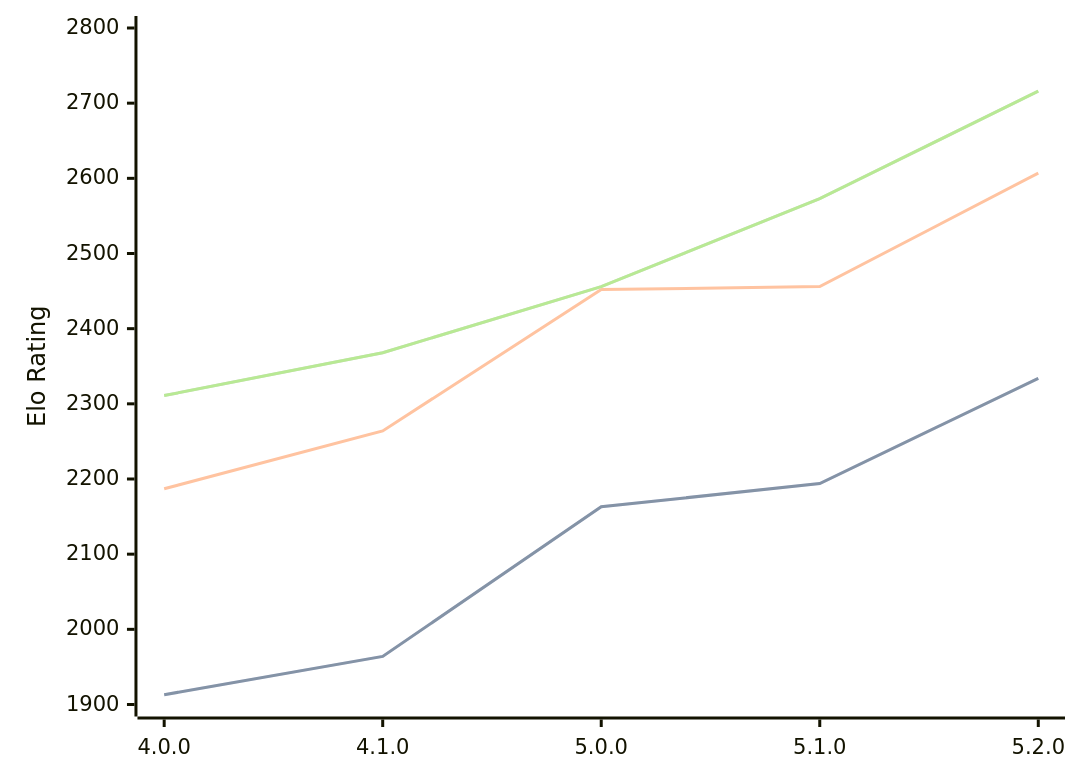
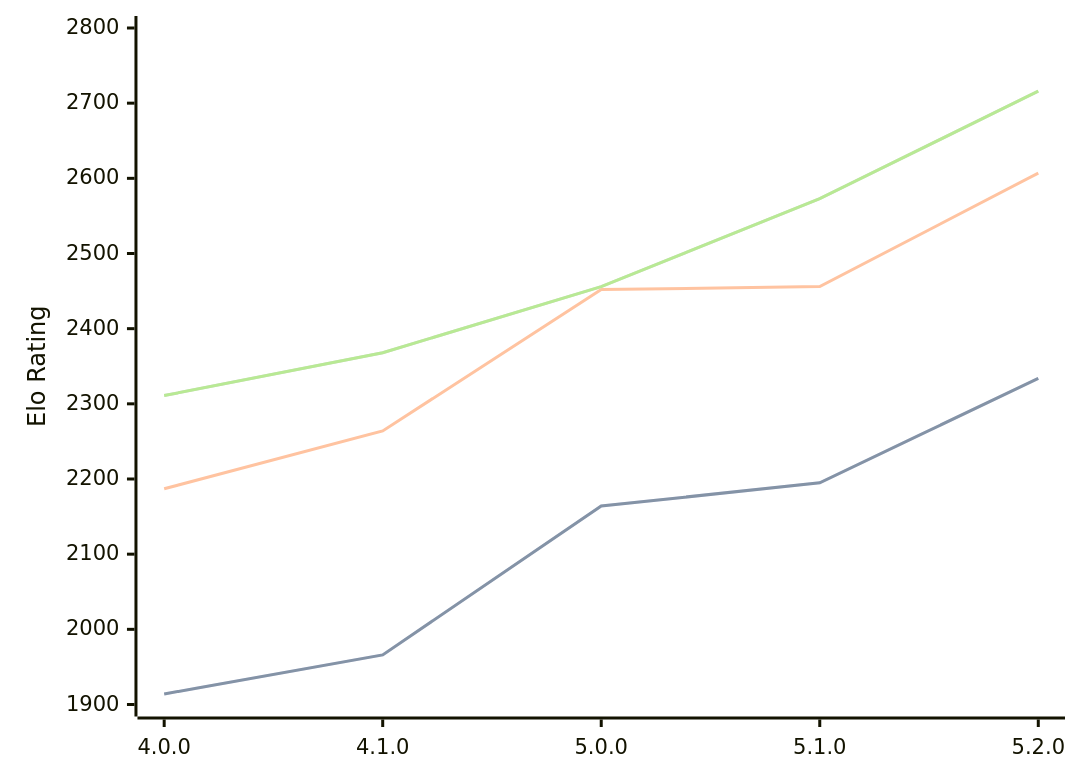
One commit to computer-chess-index/cci changed the diagram in engines/Aconcagua.md. Above: the diagram before and after it, drawn with Mermaid. The commit also changed other lines of this file, not shown here.

````diff
--- a/engines/Aconcagua.md
+++ b/engines/Aconcagua.md
@@ -35,11 +35,11 @@
 ```mermaid
 %%{init: {"theme":"base","themeVariables":{"seriesColors:['#a3a3a3','#222221','#faa371']}}}%%
 xychart-beta
   x-axis ["4.0.0", "4.1.0", "5.0.0", "5.1.0", "5.2.0"]
   y-axis "Elo Rating" 1900 --> 2800
-  line "" [1913, 1964, 2163, 2194, 2334]
-  line "STC (8.0+0.08s)" [1913, 1964, 2163, 2194, 2334]
+  line "" [1914, 1966, 2164, 2195, 2334]
+  line "STC (8.0+0.08s)" [1914, 1966, 2164, 2195, 2334]
   line "LTC (60.0+0.60s)" [2187, 2264, 2452, 2456, 2607]
   line "" [2311, 2368, 2456, 2573, 2716]
   line "VLTC (2m24s+1.12s)" [2311, 2368, 2456, 2573, 2716]
 ```
````
